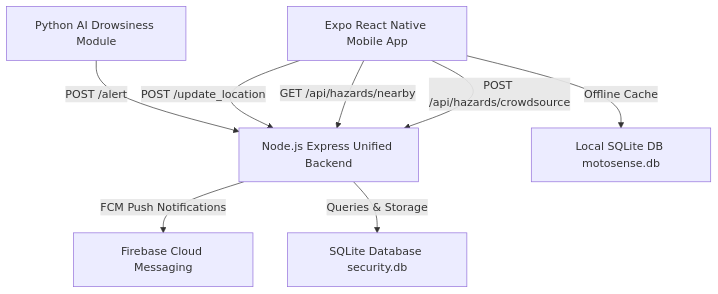
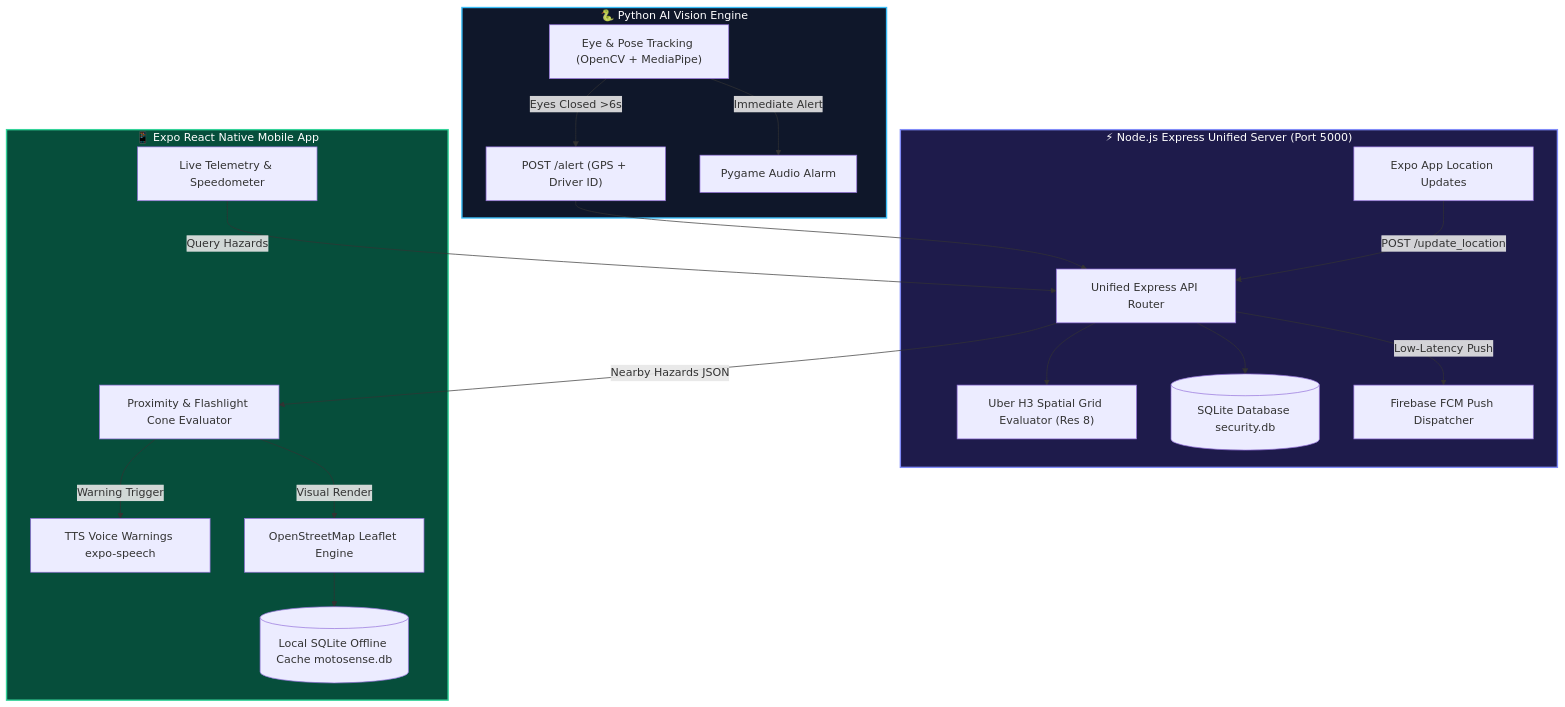
The diagram in README.md (AnkurDas76/AI-Road-Guardian), drawn with Mermaid before and after one commit. The commit also changed other lines of this file and 5 other files, not shown here.

````diff
--- a/README.md
+++ b/README.md
@@ -11,10 +36,27 @@
 ```mermaid
 graph TD
-    A[Python AI Drowsiness Module] -->|POST /alert| B[Node.js Express Unified Backend]
-    C[Expo React Native Mobile App] -->|POST /update_location| B
-    C -->|GET /api/hazards/nearby| B
-    C -->|POST /api/hazards/crowdsource| B
-    B -->|FCM Push Notifications| D[Firebase Cloud Messaging]
-    B -->|Queries & Storage| E[SQLite Database security.db]
-    C -->|Offline Cache| F[Local SQLite DB motosense.db]
+    subgraph Client_Layer ["🐍 Python AI Vision Engine"]
+        A["Eye & Pose Tracking (OpenCV + MediaPipe)"] -->|Eyes Closed >6s| B["POST /alert (GPS + Driver ID)"]
+        A -->|Immediate Alert| C["Pygame Audio Alarm"]
+    end
+
+    subgraph Server_Layer ["⚡ Node.js Express Unified Server (Port 5000)"]
+        B --> D["Unified Express API Router"]
+        E["Expo App Location Updates"] -->|POST /update_location| D
+        D --> F["Uber H3 Spatial Grid Evaluator (Res 8)"]
+        D --> G[("SQLite Database security.db")]
+        D -->|Low-Latency Push| H["Firebase FCM Push Dispatcher"]
+    end
+
+    subgraph Mobile_Layer ["📱 Expo React Native Mobile App"]
+        I["Live Telemetry & Speedometer"] -->|Query Hazards| D
+        D -->|Nearby Hazards JSON| J["Proximity & Flashlight Cone Evaluator"]
+        J -->|Warning Trigger| K["TTS Voice Warnings expo-speech"]
+        J -->|Visual Render| L["OpenStreetMap Leaflet Engine"]
+        L --> M[("Local SQLite Offline Cache motosense.db")]
+    end
+
+    style Client_Layer fill:#0f172a,stroke:#38bdf8,stroke-width:2px,color:#fff
+    style Server_Layer fill:#1e1b4b,stroke:#818cf8,stroke-width:2px,color:#fff
+    style Mobile_Layer fill:#064e3b,stroke:#34d399,stroke-width:2px,color:#fff
 ```
````
